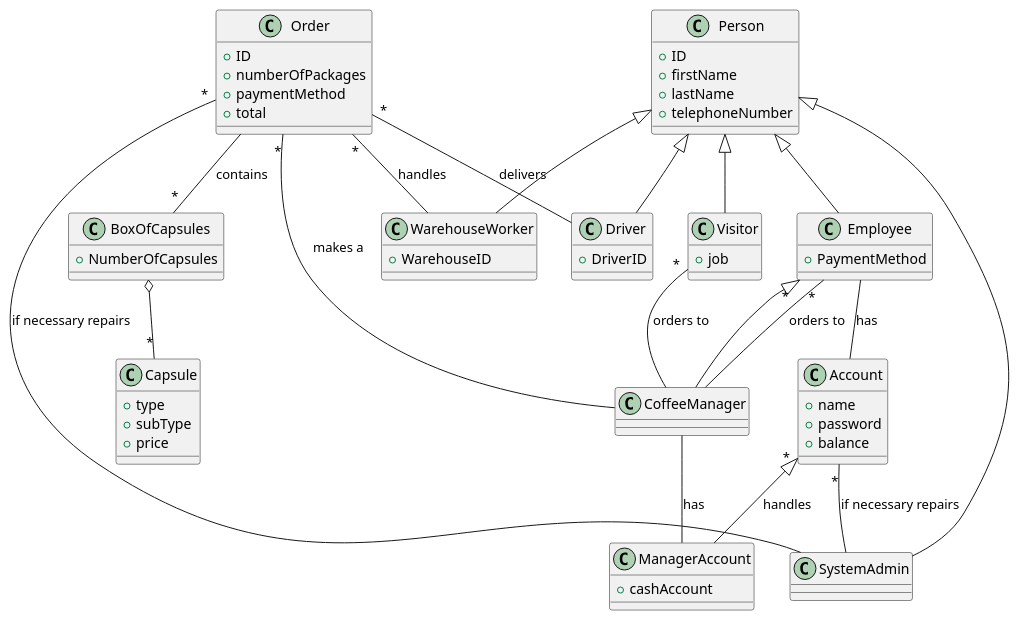
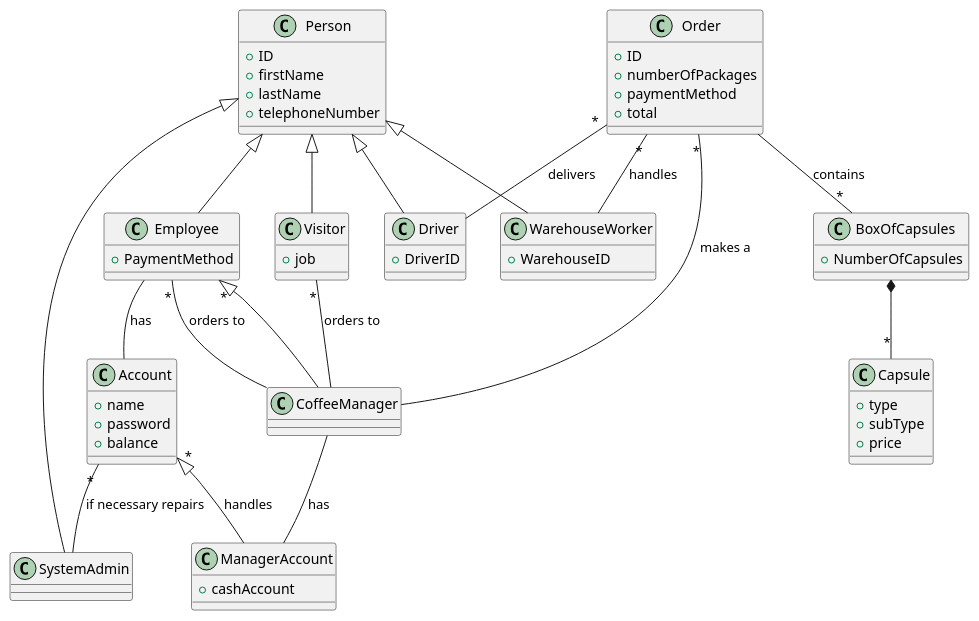
Before and after one commit to salvatore-dimartino/LaTazza: the third of 4 diagrams in templates/RequirementsTemplate.md, drawn with PlantUML. The commit also changed other lines of this file, not shown here.

```diff
--- a/templates/RequirementsTemplate.md
+++ b/templates/RequirementsTemplate.md
@@ -564,7 +564,6 @@
     
 }
 
-Order "*" -- SystemAdmin :if necessary repairs
 Account "*" -- SystemAdmin :if necessary repairs
 Order "*" -- WarehouseWorker :handles
 Order "*" -- Driver :delivers
@@ -573,7 +572,7 @@
 Person <|-- Driver
 Person <|-- WarehouseWorker
 Person <|-- SystemAdmin
-BoxOfCapsules o-- "*" Capsule
+BoxOfCapsules *-- "*" Capsule
 Account "*" <|-- ManagerAccount: handles
 Employee "*" <|-- CoffeeManager
 Employee "*"-- CoffeeManager : orders to
```
